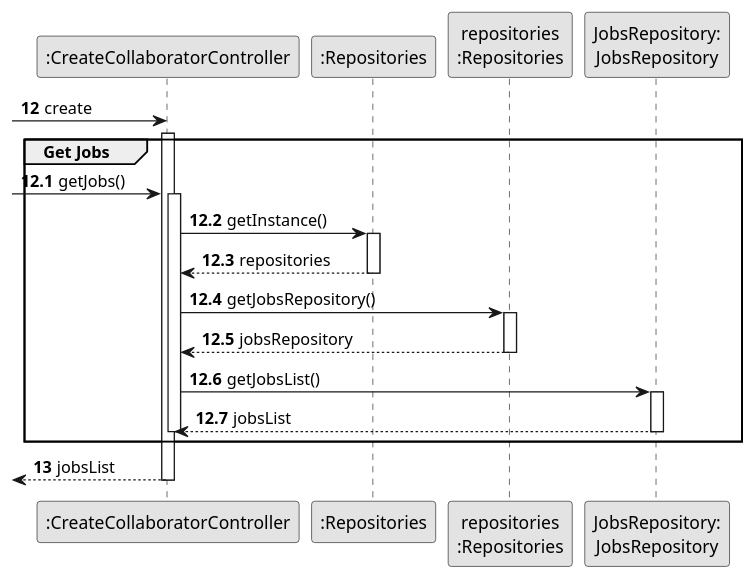
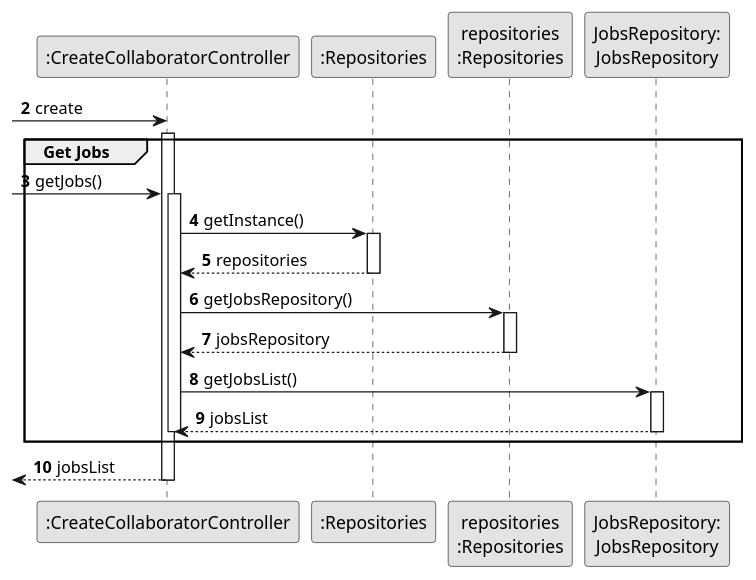
One commit to SAEmanuel/Green_Spaces_Management_ISEP changed the diagram in docs/sprintB/us003/03.design/puml/us003-sequence-diagram-partial-get-job-list.puml. Above: the diagram before and after it, drawn with PlantUML.

Commit message:
US3 sequence diagram partial get jobList update

```diff
--- a/docs/sprintB/us003/03.design/puml/us003-sequence-diagram-partial-get-job-list.puml
+++ b/docs/sprintB/us003/03.design/puml/us003-sequence-diagram-partial-get-job-list.puml
@@ -1,48 +1,48 @@
 @startuml
 skinparam monochrome true
 skinparam packageStyle rectangle
 skinparam shadowing false
 
 participant ":CreateCollaboratorController" as CTRL
 participant ":Repositories" as RepositorySingleton
 participant "repositories\n:Repositories" as PLAT
 participant "JobsRepository:\nJobsRepository" as JobsRepository
 
-autonumber 12
+autonumber 2
 -> CTRL** : create
-autonumber 12.1
+autonumber 3
 
 activate CTRL
     group Get Jobs
         -> CTRL : getJobs()
                         activate CTRL
 
                         CTRL -> RepositorySingleton : getInstance()
                                         activate RepositorySingleton
 
                                             RepositorySingleton --> CTRL: repositories
                                         deactivate RepositorySingleton
 
                                         CTRL -> PLAT : getJobsRepository()
                                         activate PLAT
 
                                             PLAT --> CTRL: jobsRepository
                                         deactivate PLAT
 
                         CTRL -> JobsRepository : getJobsList()
                         activate JobsRepository
 
                             JobsRepository --> CTRL : jobsList
                         deactivate JobsRepository
 
                     deactivate CTRL
 
     end group
 
-    autonumber 13
+    autonumber 10
     <-- CTRL : jobsList
 
 deactivate CTRL
 
 
 @enduml
```
